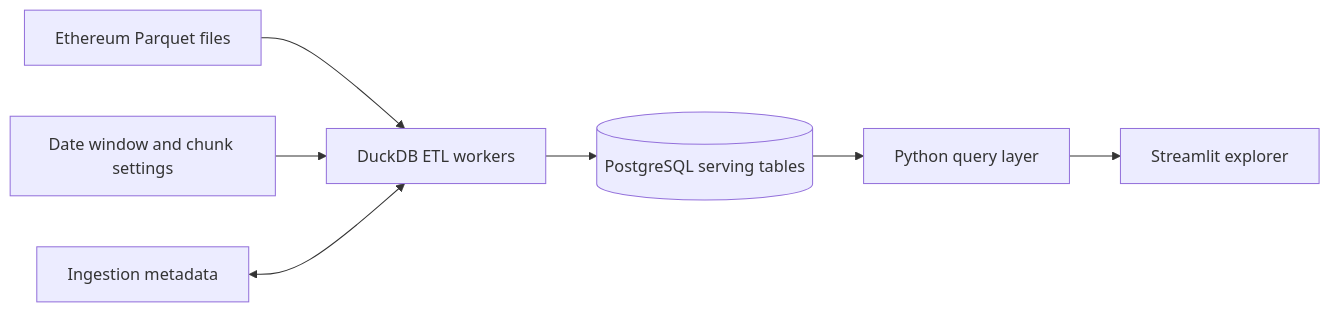
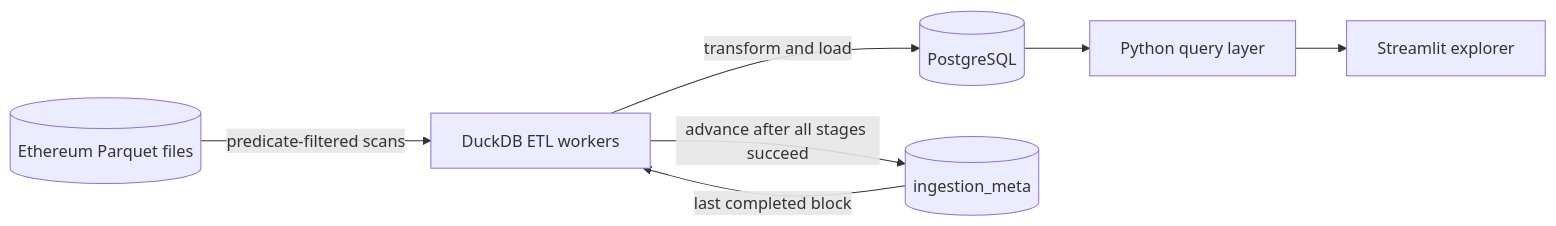
The diagram in README.md (vnegi10/eth-explorer-mvp), drawn with Mermaid before and after one commit. The commit also changed other lines of this file, not shown here.

````diff
--- a/README.md
+++ b/README.md
@@ -32,10 +32,9 @@
 ```mermaid
 flowchart LR
-    A[Ethereum Parquet files] --> B[DuckDB ETL workers]
-    B --> C[(PostgreSQL serving tables)]
-    C --> D[Python query layer]
-    D --> E[Streamlit explorer]
-
-    F[Date window and chunk settings] --> B
-    G[Ingestion metadata] <--> B
+    P[(Ethereum Parquet files)] -->|predicate-filtered scans| D[DuckDB ETL workers]
+    D -->|transform and load| PG[(PostgreSQL)]
+    PG --> Q[Python query layer]
+    Q --> S[Streamlit explorer]
+    M[(ingestion_meta)] -->|last completed block| D
+    D -->|advance after all stages succeed| M
 ```
````
